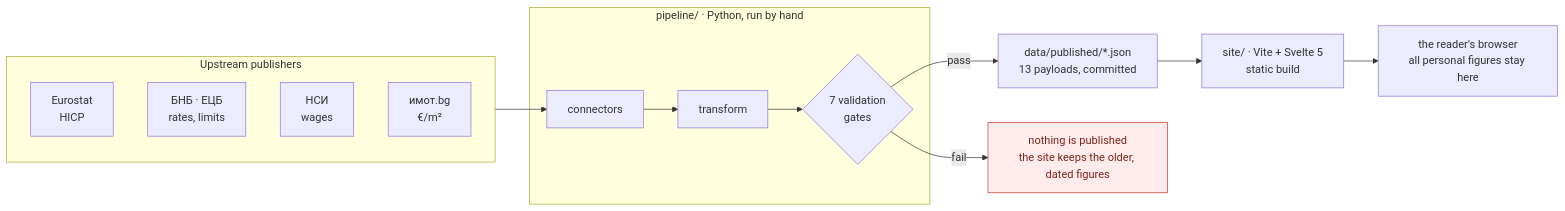
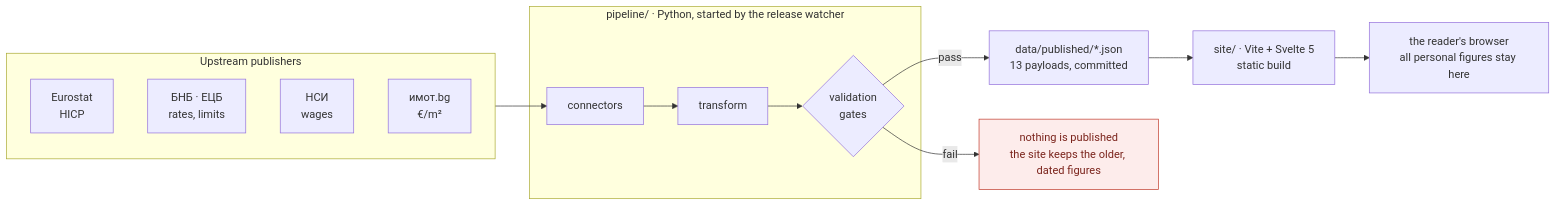
The diagram in README.md (vyarno-bg/vyarno), drawn with Mermaid before and after one commit. The commit also changed other lines of this file and 28 other files, not shown here.

````diff
--- a/README.md
+++ b/README.md
@@ -128,25 +128,25 @@
 ```mermaid
 flowchart LR
   subgraph up["Upstream publishers"]
     E["Eurostat<br/>HICP"]
     B["БНБ · ЕЦБ<br/>rates, limits"]
     N["НСИ<br/>wages"]
     I["имот.bg<br/>€/m²"]
   end
 
-  subgraph pipe["pipeline/ · Python, run by hand"]
-    C["connectors"] --> T["transform"] --> G{"7 validation<br/>gates"}
+  subgraph pipe["pipeline/ · Python, started by the release watcher"]
+    C["connectors"] --> T["transform"] --> G{"validation<br/>gates"}
   end
 
   J["data/published/*.json<br/>13 payloads, committed"]
   S["site/ · Vite + Svelte 5<br/>static build"]
   U["the reader's browser<br/>all personal figures stay here"]
 
   up --> C
   G -->|"pass"| J
   G -->|"fail"| X["nothing is published<br/>the site keeps the older, dated figures"]
   J --> S --> U
 
   classDef stop fill:#fdeceb,stroke:#c0392b,color:#7b241c;
   class X stop;
 ```
````
